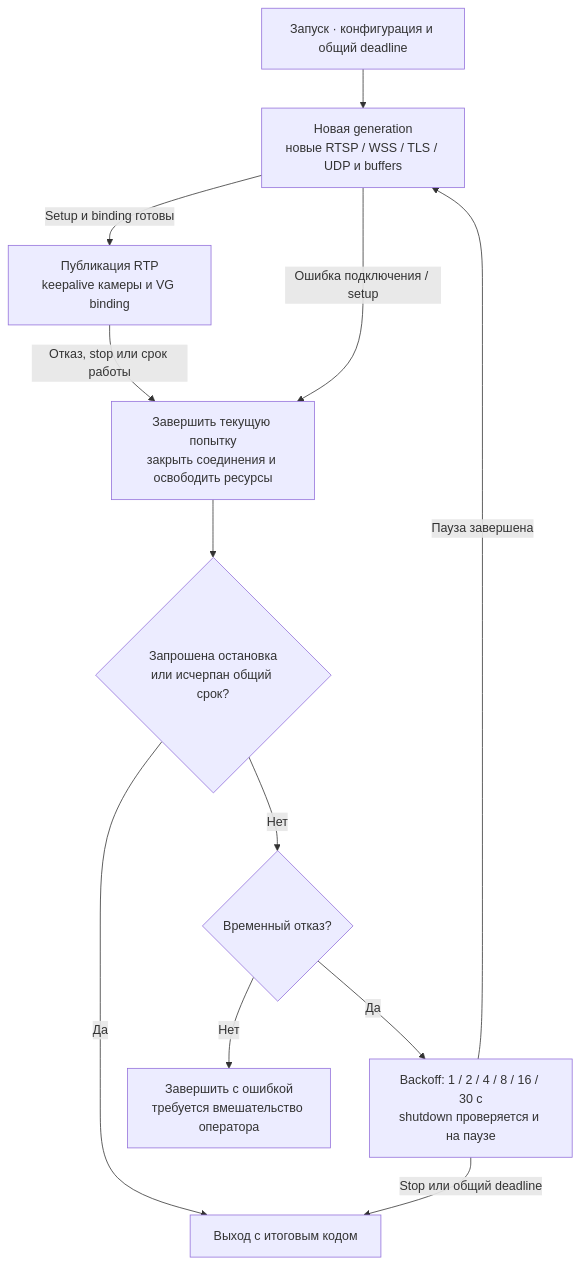
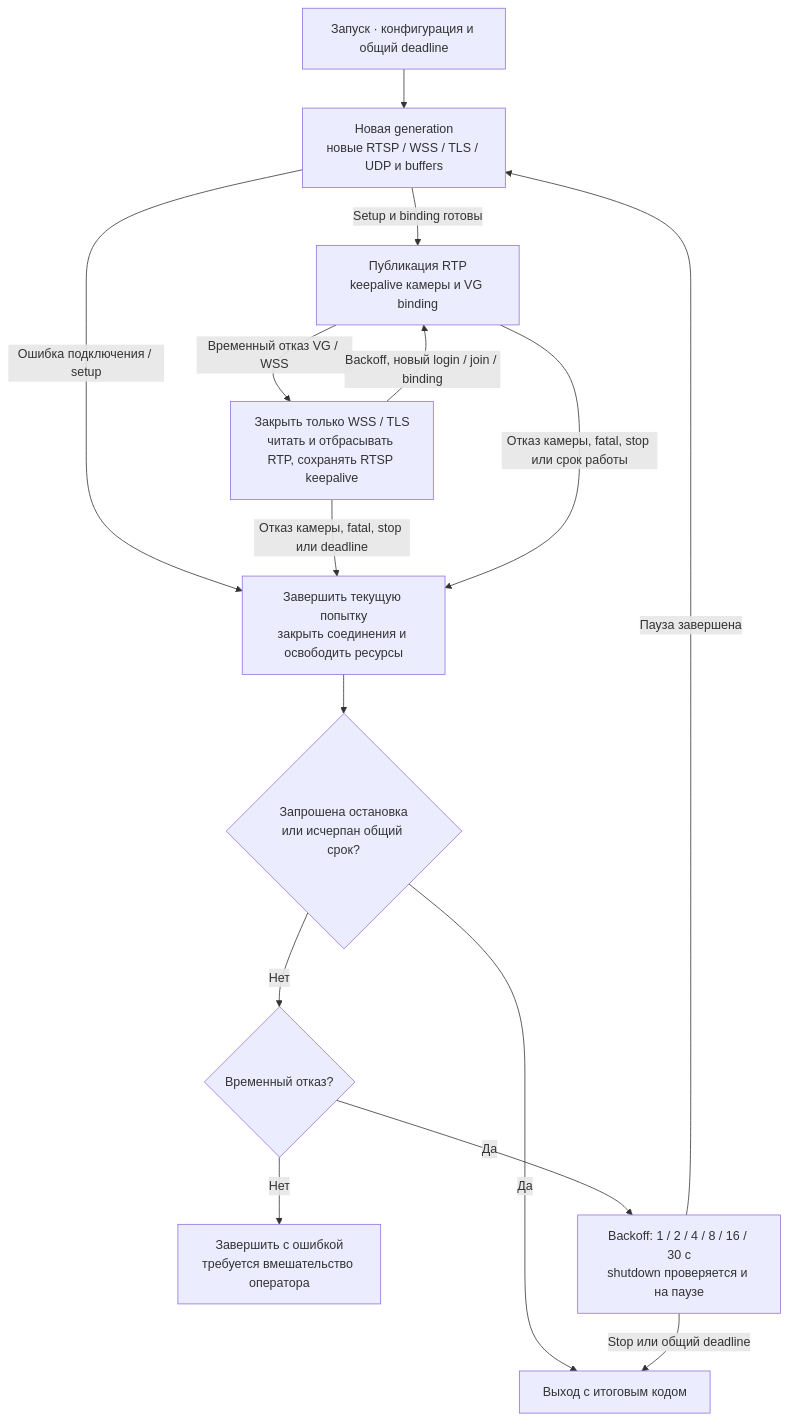
One commit to rulerom/liza changed the second of 2 diagrams in docs/rtsp-client.md. Above: the diagram before and after it, drawn with Mermaid. The commit also changed other lines of this file and 4 other files, not shown here.

````diff
--- a/docs/rtsp-client.md
+++ b/docs/rtsp-client.md
@@ -152,17 +152,20 @@
 ```mermaid
 flowchart TD
     Start["Запуск · конфигурация и общий deadline"] --> Connect
     Connect["Новая generation<br/>новые RTSP / WSS / TLS / UDP и buffers"]
     Connect -->|"Setup и binding готовы"| Publish
     Publish["Публикация RTP<br/>keepalive камеры и VG binding"]
     Connect -->|"Ошибка подключения / setup"| Cleanup
-    Publish -->|"Отказ, stop или срок работы"| Cleanup
+    Publish -->|"Временный отказ VG / WSS"| RecoverVG["Закрыть только WSS / TLS<br/>читать и отбрасывать RTP, сохранять RTSP keepalive"]
+    RecoverVG -->|"Backoff, новый login / join / binding"| Publish
+    RecoverVG -->|"Отказ камеры, fatal, stop или deadline"| Cleanup
+    Publish -->|"Отказ камеры, fatal, stop или срок работы"| Cleanup
     Cleanup["Завершить текущую попытку<br/>закрыть соединения и освободить ресурсы"]
     Cleanup --> Stop{"Запрошена остановка<br/>или исчерпан общий срок?"}
     Stop -->|"Да"| Exit["Выход с итоговым кодом"]
     Stop -->|"Нет"| Retry{"Временный отказ?"}
     Retry -->|"Нет"| Fatal["Завершить с ошибкой<br/>требуется вмешательство оператора"]
     Retry -->|"Да"| Backoff["Backoff: 1 / 2 / 4 / 8 / 16 / 30 с<br/>shutdown проверяется и на паузе"]
     Backoff -->|"Пауза завершена"| Connect
     Backoff -->|"Stop или общий deadline"| Exit
 ```
````
